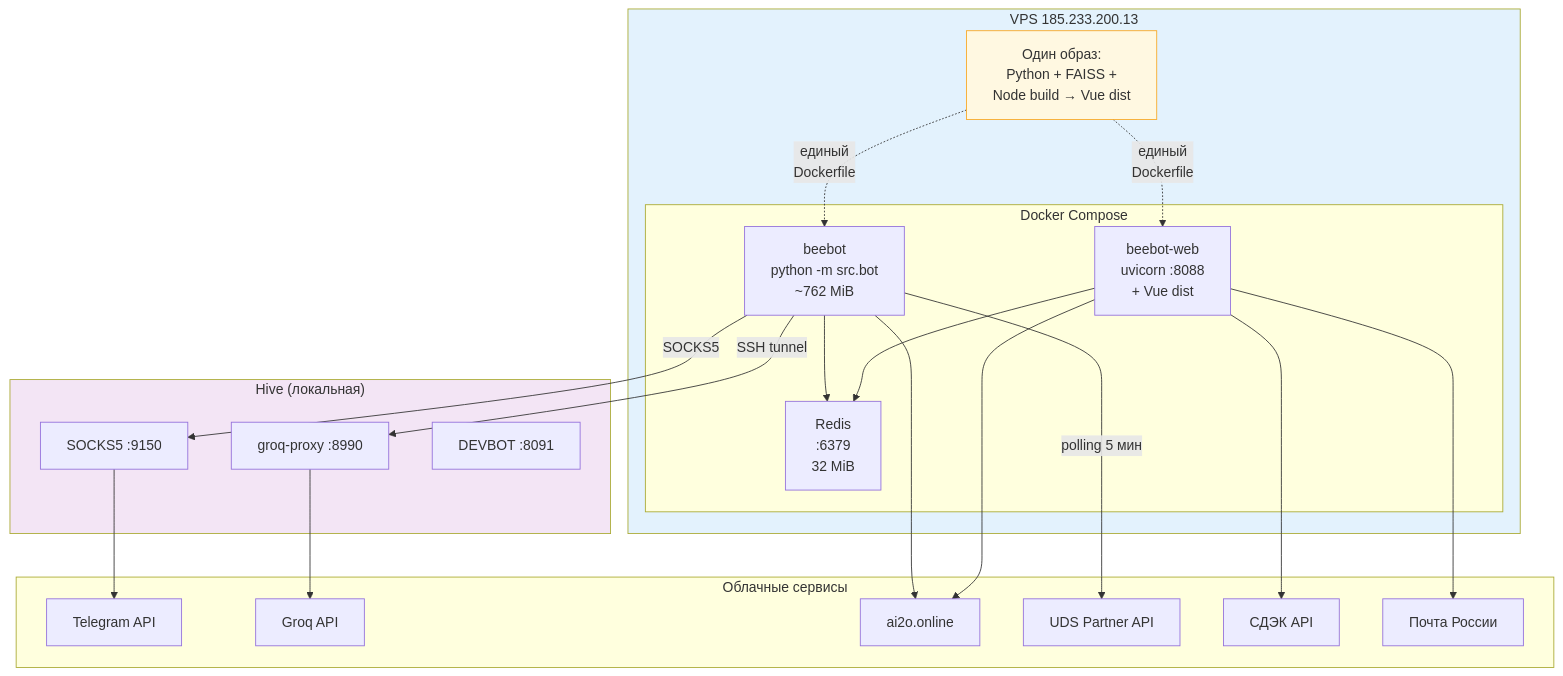
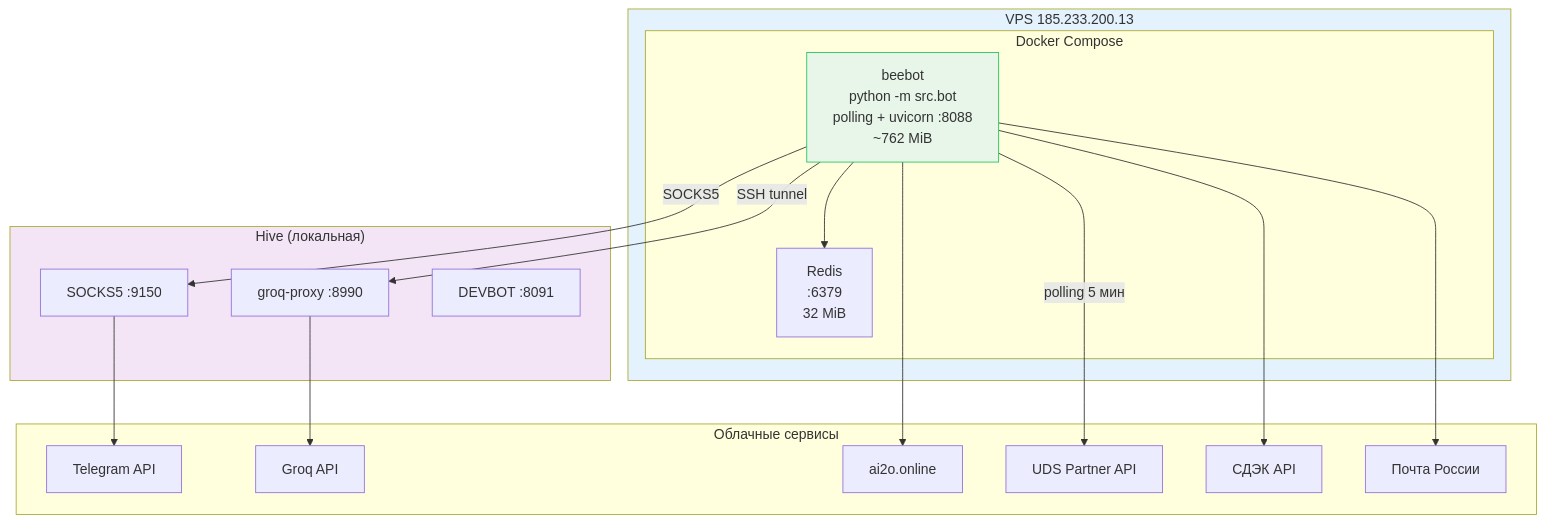
One commit to unidel2035/BEEBOT changed diagram 11 of 15 in docs/architecture.md. Above: the diagram before and after it, drawn with Mermaid. The commit also changed other lines of this file and 4 other files, not shown here.

````diff
--- a/docs/architecture.md
+++ b/docs/architecture.md
@@ -451,39 +450,35 @@
 ```mermaid
 graph TB
     subgraph VPS["VPS 185.233.200.13"]
         subgraph DOCKER["Docker Compose"]
-            BOT_C["beebot<br/>python -m src.bot<br/>~762 MiB"]
-            WEB_C["beebot-web<br/>uvicorn :8088<br/>+ Vue dist"]
+            BOT_C["beebot<br/>python -m src.bot<br/>polling + uvicorn :8088<br/>~762 MiB"]
             REDIS_C["Redis<br/>:6379<br/>32 MiB"]
         end
-        NOTE_IMG["Один образ:<br/>Python + FAISS +<br/>Node build → Vue dist"]
     end
 
     subgraph HIVE["Hive (локальная)"]
         GROQ_P["groq-proxy :8990"]
         SOCKS["SOCKS5 :9150"]
         DEVBOT_C["DEVBOT :8091"]
     end
 
     subgraph CLOUD["Облачные сервисы"]
         TG_API["Telegram API"]
         GROQ_API["Groq API"]
         CRM_V2_C["ai2o.online"]
         UDS_C["UDS Partner API"]
         CDEK["СДЭК API"]
         POCHTA["Почта России"]
     end
 
     BOT_C -->|"SSH tunnel"| GROQ_P --> GROQ_API
     BOT_C -->|"SOCKS5"| SOCKS --> TG_API
-    BOT_C & WEB_C --> REDIS_C
-    BOT_C & WEB_C --> CRM_V2_C
+    BOT_C --> REDIS_C
+    BOT_C --> CRM_V2_C
     BOT_C -->|"polling 5 мин"| UDS_C
-    WEB_C --> CDEK & POCHTA
-
-    NOTE_IMG -.->|"единый<br/>Dockerfile"| BOT_C & WEB_C
+    BOT_C --> CDEK & POCHTA
 
     style VPS fill:#e3f2fd
     style HIVE fill:#f3e5f5
-    style NOTE_IMG fill:#fff8e1,stroke:#f9a825
+    style BOT_C fill:#e8f5e9,stroke:#22c55e
 ```
````
